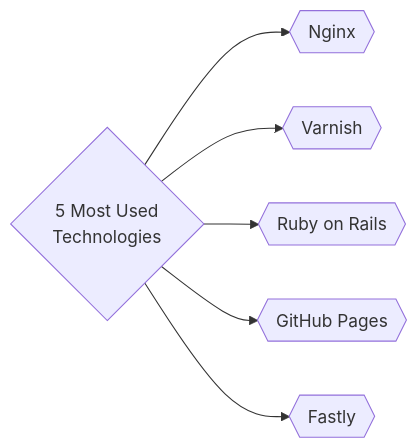
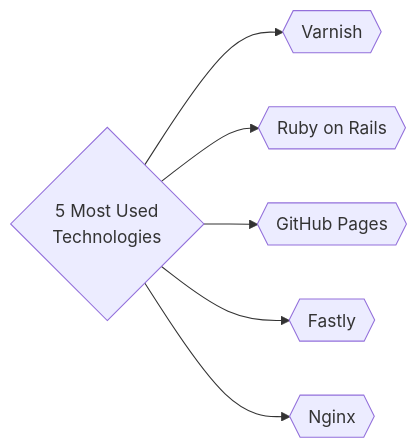
The third of 3 diagrams in README.md (trickest/inventory), drawn with Mermaid before and after one commit. The commit also changed other lines of this file, not shown here.

Commit message:
Update Mon Mar 14 01:40:44 UTC 2022

````diff
--- a/README.md
+++ b/README.md
@@ -185,8 +185,8 @@
 ```mermaid
 graph LR
-title{5 Most Used<br>Technologies} --> tech1{{Nginx}}
-title --> tech2{{Varnish}}
-title --> tech3{{Ruby on Rails}}
-title --> tech4{{GitHub Pages}}
-title --> tech5{{Fastly}}
+title{5 Most Used<br>Technologies} --> tech1{{Varnish}}
+title --> tech2{{Ruby on Rails}}
+title --> tech3{{GitHub Pages}}
+title --> tech4{{Fastly}}
+title --> tech5{{Nginx}}
 ```
````
